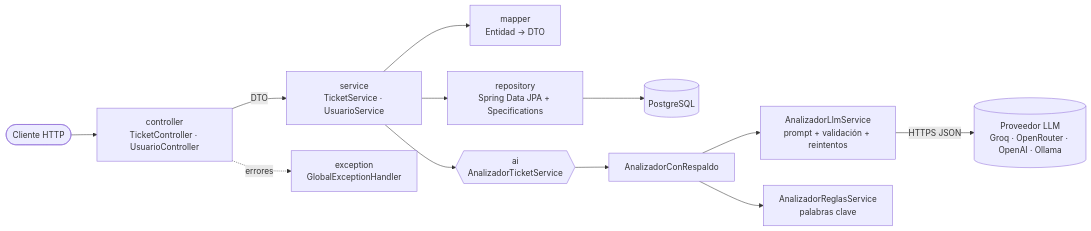
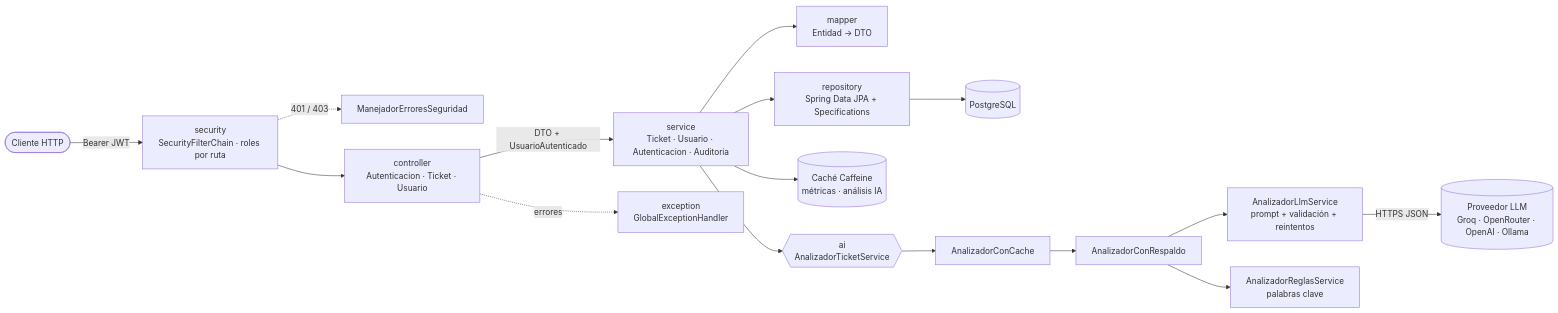
Before and after one commit to luisarmandoalk/GestionTickets: the first of 3 diagrams in README.md, drawn with Mermaid. The commit also changed other lines of this file and 45 other files, not shown here.

First line of the commit message:
Autenticación JWT, roles, auditoría, caché y modelo de IA vigente

````diff
--- a/README.md
+++ b/README.md
@@ -46,14 +51,18 @@
 ```mermaid
 flowchart LR
-    Cliente([Cliente HTTP]) --> C[controller<br/>TicketController · UsuarioController]
-    C -->|DTO| S[service<br/>TicketService · UsuarioService]
+    Cliente([Cliente HTTP]) -->|Bearer JWT| SEC[security<br/>SecurityFilterChain · roles por ruta]
+    SEC -.401 / 403.-> ERR[ManejadorErroresSeguridad]
+    SEC --> C[controller<br/>Autenticacion · Ticket · Usuario]
+    C -->|DTO + UsuarioAutenticado| S[service<br/>Ticket · Usuario · Autenticacion · Auditoria]
     S --> M[mapper<br/>Entidad → DTO]
     S --> R[repository<br/>Spring Data JPA + Specifications]
     R --> DB[(PostgreSQL)]
+    S --> CA[(Caché Caffeine<br/>métricas · análisis IA)]
     S --> A{{ai<br/>AnalizadorTicketService}}
-    A --> RES[AnalizadorConRespaldo]
+    A --> CACHE[AnalizadorConCache]
+    CACHE --> RES[AnalizadorConRespaldo]
     RES --> LLM[AnalizadorLlmService<br/>prompt + validación + reintentos]
     RES --> REG[AnalizadorReglasService<br/>palabras clave]
     LLM -->|HTTPS JSON| P[(Proveedor LLM<br/>Groq · OpenRouter · OpenAI · Ollama)]
     C -.errores.-> E[exception<br/>GlobalExceptionHandler]
 ```
````
